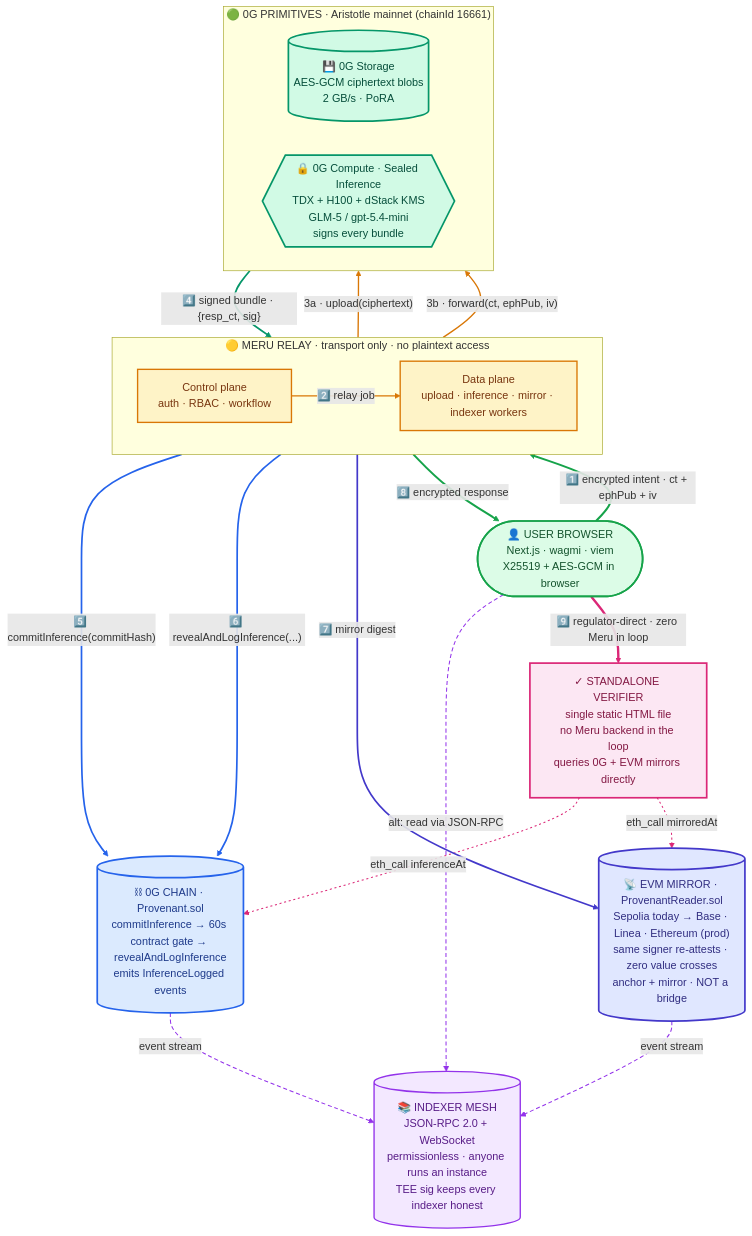
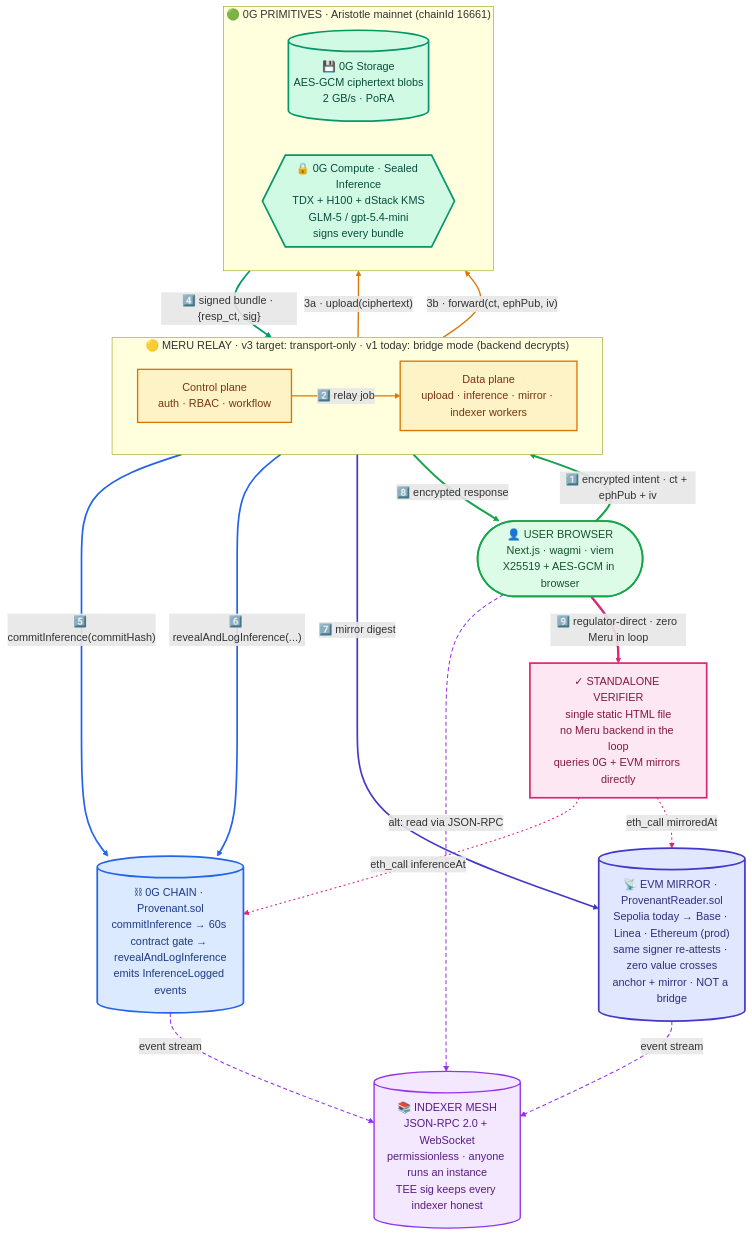
Before and after one commit to ammarbagasrawala/meru: the first of 4 diagrams in README.md, drawn with Mermaid. The commit also changed other lines of this file, not shown here.

````diff
--- a/README.md
+++ b/README.md
@@ -102,64 +133,64 @@
 ```mermaid
 flowchart TB
     classDef userZone     fill:#DCFCE7,stroke:#16A34A,stroke-width:2.5px,color:#14532D
     classDef relayZone    fill:#FEF3C7,stroke:#D97706,stroke-width:2px,color:#78350F
     classDef teeZone      fill:#D1FAE5,stroke:#059669,stroke-width:2.5px,color:#064E3B
     classDef chainZone    fill:#DBEAFE,stroke:#2563EB,stroke-width:2.5px,color:#1E3A8A
     classDef mirrorZone   fill:#E0E7FF,stroke:#4338CA,stroke-width:2.5px,color:#312E81
     classDef indexerZone  fill:#F3E8FF,stroke:#9333EA,stroke-width:2px,color:#581C87
     classDef verifierZone fill:#FCE7F3,stroke:#DB2777,stroke-width:2.5px,color:#831843
 
     USER(["👤 USER BROWSER<br>Next.js · wagmi · viem<br>X25519 + AES-GCM in browser"]):::userZone
 
-    subgraph MERU ["🟡 MERU RELAY · transport only · no plaintext access"]
+    subgraph MERU ["🟡 MERU RELAY · v3 target: transport-only · v1 today: bridge mode (backend decrypts)"]
         direction LR
         CP["Control plane<br>auth · RBAC · workflow"]:::relayZone
         DP["Data plane<br>upload · inference · mirror · indexer workers"]:::relayZone
     end
 
     subgraph ZG ["🟢 0G PRIMITIVES · Aristotle mainnet (chainId 16661)"]
         direction LR
         STOR[("💾 0G Storage<br>AES-GCM ciphertext blobs<br>2 GB/s · PoRA")]:::teeZone
         TEE{{"🔒 0G Compute · Sealed Inference<br>TDX + H100 + dStack KMS<br>GLM-5 / gpt-5.4-mini<br>signs every bundle"}}:::teeZone
     end
 
     CHAIN[("⛓ 0G CHAIN · Provenant.sol<br>commitInference → 60s contract gate → revealAndLogInference<br>emits InferenceLogged events")]:::chainZone
 
     MIRROR[("📡 EVM MIRROR · ProvenantReader.sol<br>Sepolia today → Base · Linea · Ethereum (prod)<br>same signer re-attests · zero value crosses<br>anchor + mirror · NOT a bridge")]:::mirrorZone
 
     INDEX[("📚 INDEXER MESH<br>JSON-RPC 2.0 + WebSocket<br>permissionless · anyone runs an instance<br>TEE sig keeps every indexer honest")]:::indexerZone
 
     VERIFIER["✓ STANDALONE VERIFIER<br>single static HTML file<br>no Meru backend in the loop<br>queries 0G + EVM mirrors directly"]:::verifierZone
 
     USER  -- "1️⃣ encrypted intent · ct + ephPub + iv"   --> CP
     CP    -- "2️⃣ relay job"                              --> DP
     DP    -- "3a · upload(ciphertext)"                   --> STOR
     DP    -- "3b · forward(ct, ephPub, iv)"              --> TEE
     TEE   -- "4️⃣ signed bundle · {resp_ct, sig}"        --> DP
     DP    -- "5️⃣ commitInference(commitHash)"           --> CHAIN
     DP    -- "6️⃣ revealAndLogInference(...)"            --> CHAIN
     DP    -- "7️⃣ mirror digest"                         --> MIRROR
     DP    -- "8️⃣ encrypted response"                    --> USER
     CHAIN -. "event stream"                              .-> INDEX
     MIRROR -. "event stream"                             .-> INDEX
     USER  -. "alt: read via JSON-RPC"                    .-> INDEX
     USER  == "9️⃣ regulator-direct · zero Meru in loop"  ==> VERIFIER
     VERIFIER -. "eth_call inferenceAt"                   .-> CHAIN
     VERIFIER -. "eth_call mirroredAt"                    .-> MIRROR
 
     linkStyle 0  stroke:#16A34A,stroke-width:3px
     linkStyle 1  stroke:#D97706,stroke-width:2px
     linkStyle 2  stroke:#D97706,stroke-width:2px
     linkStyle 3  stroke:#D97706,stroke-width:2px
     linkStyle 4  stroke:#059669,stroke-width:2.5px
     linkStyle 5  stroke:#2563EB,stroke-width:2.5px
     linkStyle 6  stroke:#2563EB,stroke-width:2.5px
     linkStyle 7  stroke:#4338CA,stroke-width:2.5px
     linkStyle 8  stroke:#16A34A,stroke-width:3px
     linkStyle 9  stroke:#9333EA,stroke-width:1.5px,stroke-dasharray:6 4
     linkStyle 10 stroke:#9333EA,stroke-width:1.5px,stroke-dasharray:6 4
     linkStyle 11 stroke:#9333EA,stroke-width:1.5px,stroke-dasharray:6 4
     linkStyle 12 stroke:#DB2777,stroke-width:3.5px
     linkStyle 13 stroke:#DB2777,stroke-width:1.5px,stroke-dasharray:3 4
     linkStyle 14 stroke:#DB2777,stroke-width:1.5px,stroke-dasharray:3 4
 ```
````
